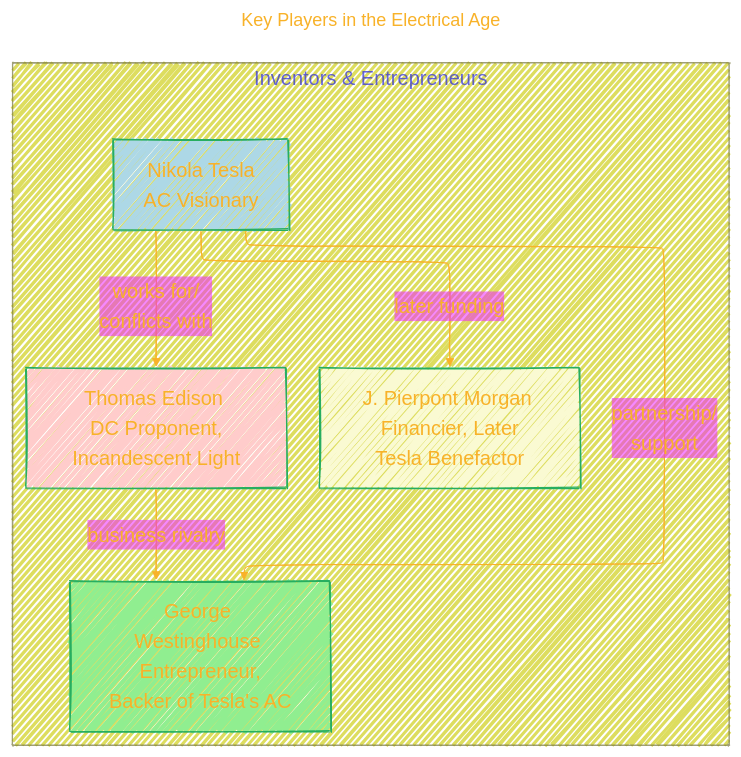
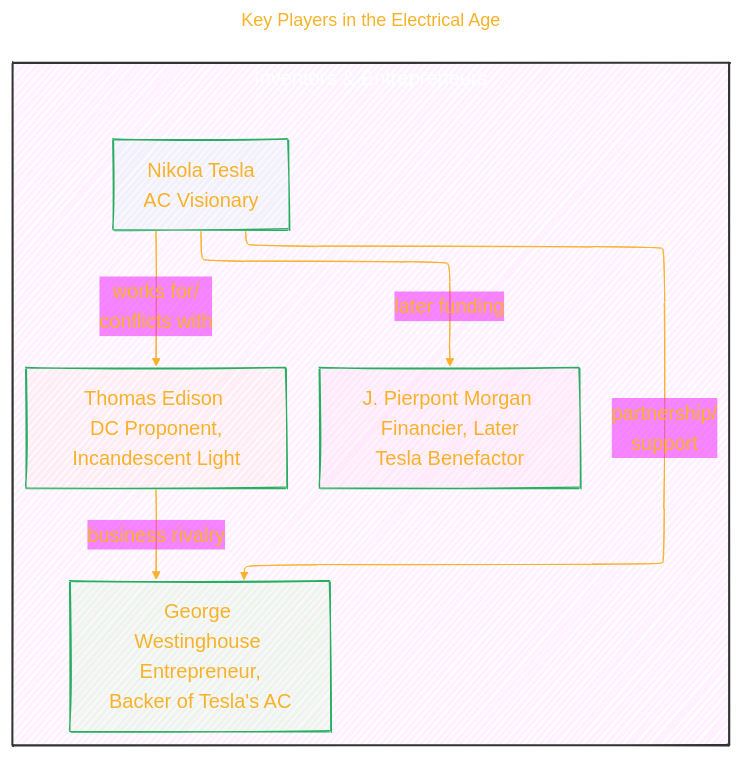
One commit to CongLeSolutionX/Nikola_Tesla changed the third of 9 diagrams in Case_Files_Nikola_Tesla/Case_Files_Nikola_Tesla.md. Above: the diagram before and after it, drawn with Mermaid. The commit also changed other lines of this file, not shown here.

````diff
--- a/Case_Files_Nikola_Tesla/Case_Files_Nikola_Tesla.md
+++ b/Case_Files_Nikola_Tesla/Case_Files_Nikola_Tesla.md
@@ -186,50 +187,51 @@
 ```mermaid
 ---
 title: "Key Players in the Electrical Age"
 author: "Cong Le"
 version: "1.0"
 license(s): "MIT, CC BY-SA 4.0"
 copyright: "Copyright (c) 2025 Cong Le. All Rights Reserved."
 config:
   layout: elk
   theme: base
   look: handDrawn
 ---
 %%%%%%%% Mermaid version v11.4.1-b.14
 %%%%%%%% Available curve styles include the following keywords:
 %% basis, bumpX, bumpY, cardinal, catmullRom, linear, monotoneX, monotoneY, natural, step, stepAfter, stepBefore.
 %%{
   init: {
     'flowchart': { 'htmlLabels': true, 'curve': 'basis' },
     'fontFamily': 'American Typewriter, monospace',
     'logLevel': 'fatal',
     'themeVariables': {
       'primaryColor': '#22BB',
       'primaryTextColor': '#F8B229',
       'lineColor': '#F8B229',
       'primaryBorderColor': '#27AE60',
       'secondaryColor': '#E2F1',
       'secondaryTextColor': '#6C3483',
       'secondaryBorderColor': '#A569BD',
       'fontSize': '20px'
     }
   }
 }%%
 flowchart TD
-    subgraph Inventors_and_Entrepreneurs["Inventors & Entrepreneurs"]
-        Tesla["Nikola Tesla <br> AC Visionary"]
-        Edison["Thomas Edison <br> DC Proponent, Incandescent Light"]
-        Westinghouse["George Westinghouse <br> Entrepreneur, Backer of Tesla's AC"]
-        JP_Morgan["J. Pierpont Morgan <br/> Financier, Later Tesla Benefactor"]
-    end
+  subgraph Inventors_and_Entrepreneurs["Inventors & Entrepreneurs"]
+  style Inventors_and_Entrepreneurs fill:#f9f2,stroke:#333,stroke-width:2px, color:#FFF
+      Tesla["Nikola Tesla <br> AC Visionary"]
+      Edison["Thomas Edison <br> DC Proponent, Incandescent Light"]
+      Westinghouse["George Westinghouse <br> Entrepreneur, Backer of Tesla's AC"]
+      JP_Morgan["J. Pierpont Morgan <br/> Financier, Later Tesla Benefactor"]
+  end
 
-    Tesla -- works for/<br/>conflicts with --> Edison
-    Tesla -- partnership/<br/>support --> Westinghouse
-    Edison -- business rivalry --> Westinghouse
-    Tesla -- later funding --> JP_Morgan
+  Tesla -- works for/<br/>conflicts with --> Edison
+  Tesla -- partnership/<br/>support --> Westinghouse
+  Edison -- business rivalry --> Westinghouse
+  Tesla -- later funding --> JP_Morgan
 
-    style Tesla fill:#add8e6
-    style Edison fill:#ffcccb
-    style Westinghouse fill:#90ee90
-    style JP_Morgan fill:#fafad2
+  style Tesla fill:#ade2
+  style Edison fill:#fcb2
+  style Westinghouse fill:#9e92
+  style JP_Morgan fill:#fad2
 ```
````
